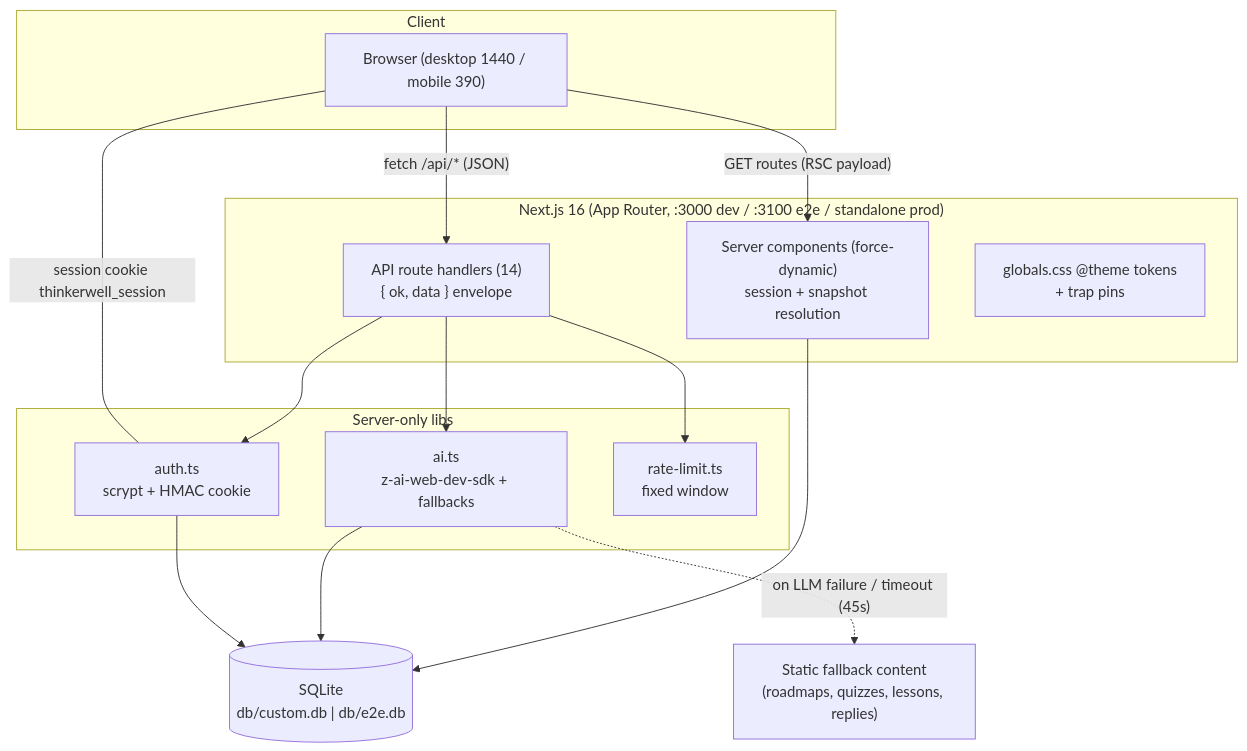
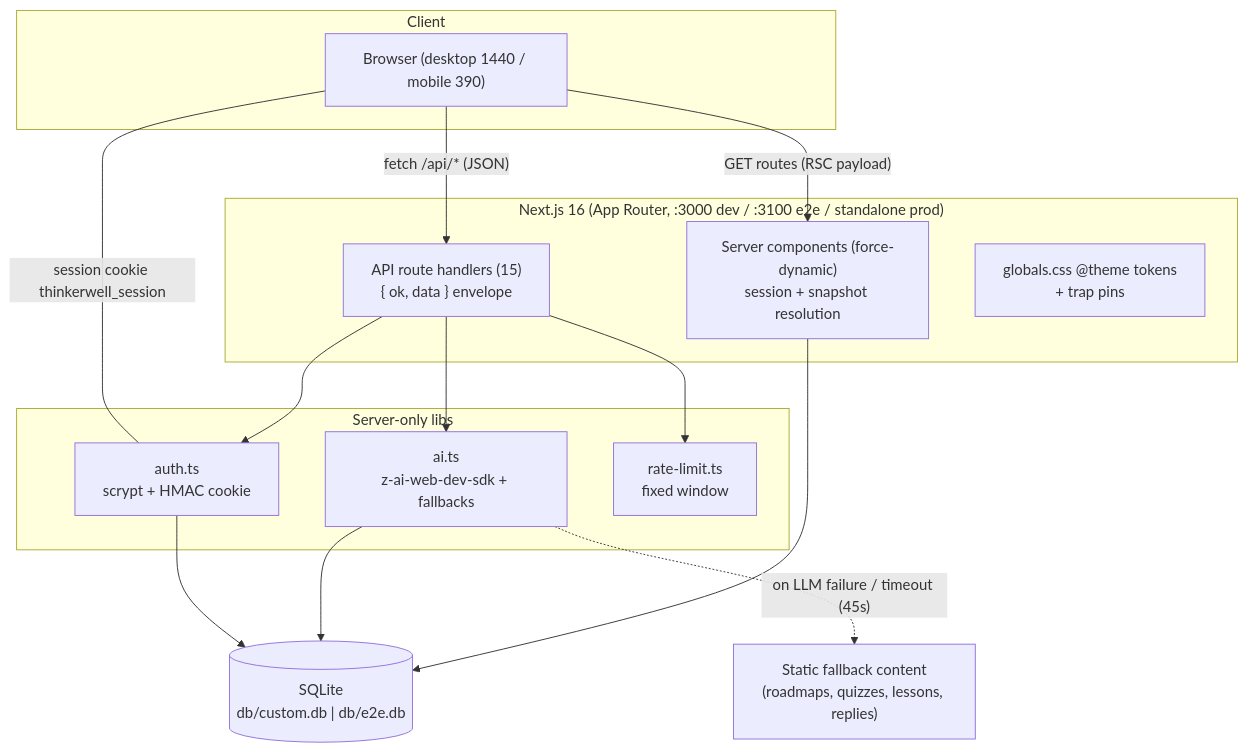
The first of 2 diagrams in Project_Architecture_Document.md (nordeim/personalized-tutor-app), drawn with Mermaid before and after one commit. The commit also changed other lines of this file and 36 other files, not shown here.

First line of the commit message:
feat: session-2 parity pass — quiz flow, confetti, streak/XP, challenge modal, quote pool

````diff
--- a/Project_Architecture_Document.md
+++ b/Project_Architecture_Document.md
@@ -193,29 +194,29 @@
 ```mermaid
 flowchart TB
     subgraph Client
         B["Browser (desktop 1440 / mobile 390)"]
     end
     subgraph App["Next.js 16 (App Router, :3000 dev / :3100 e2e / standalone prod)"]
         PAGES["Server components (force-dynamic)<br/>session + snapshot resolution"]
-        API["API route handlers (14)<br/>{ ok, data } envelope"]
+        API["API route handlers (15)<br/>{ ok, data } envelope"]
         CSS["globals.css @theme tokens<br/>+ trap pins"]
     end
     subgraph ServerOnly["Server-only libs"]
         AUTH["auth.ts<br/>scrypt + HMAC cookie"]
         AI["ai.ts<br/>z-ai-web-dev-sdk + fallbacks"]
         RL["rate-limit.ts<br/>fixed window"]
     end
     DB[("SQLite<br/>db/custom.db | db/e2e.db")]
     F["Static fallback content<br/>(roadmaps, quizzes, lessons, replies)"]
 
     B -->|"GET routes (RSC payload)"| PAGES
     B -->|"fetch /api/* (JSON)"| API
     PAGES --> DB
     API --> AUTH
     API --> RL
     API --> AI
     AI --> DB
     AI -.->|"on LLM failure / timeout (45s)"| F
     AUTH --> DB
     B <---|"session cookie thinkerwell_session"| AUTH
 ```
````
